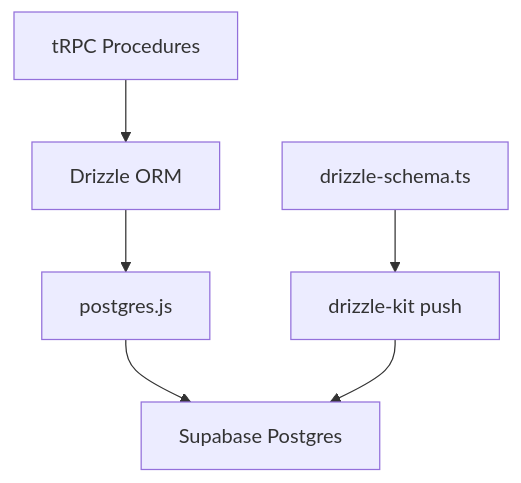
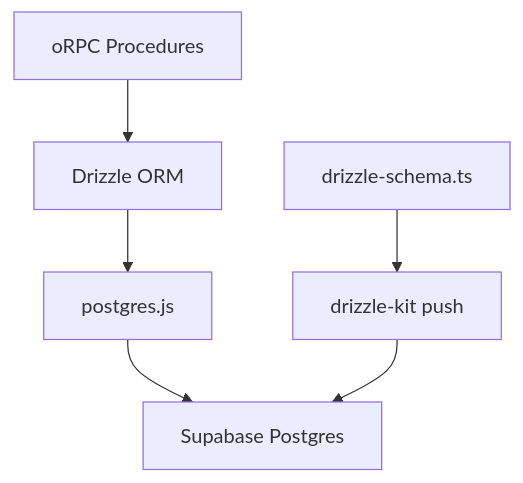
One commit to kyh/init changed the diagram in apps/web/content/docs/architecture/database.mdx. Above: the diagram before and after it, drawn with Mermaid. The commit also changed other lines of this file and 65 other files, not shown here.

````diff
--- a/apps/web/content/docs/architecture/database.mdx
+++ b/apps/web/content/docs/architecture/database.mdx
@@ -18,9 +18,9 @@
 ```mermaid
 graph TB
-    A[tRPC Procedures] --> B[Drizzle ORM]
+    A[oRPC Procedures] --> B[Drizzle ORM]
     B --> C[postgres.js]
     C --> D[Supabase Postgres]
 
     E[drizzle-schema.ts] --> F[drizzle-kit push]
     F --> D
 ```
````
